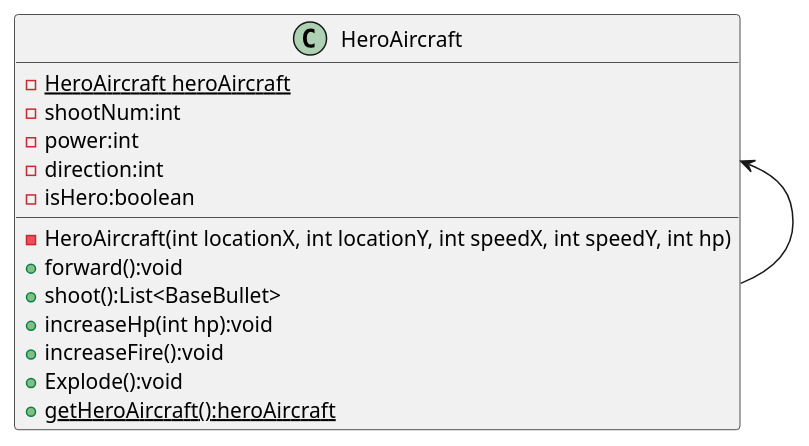
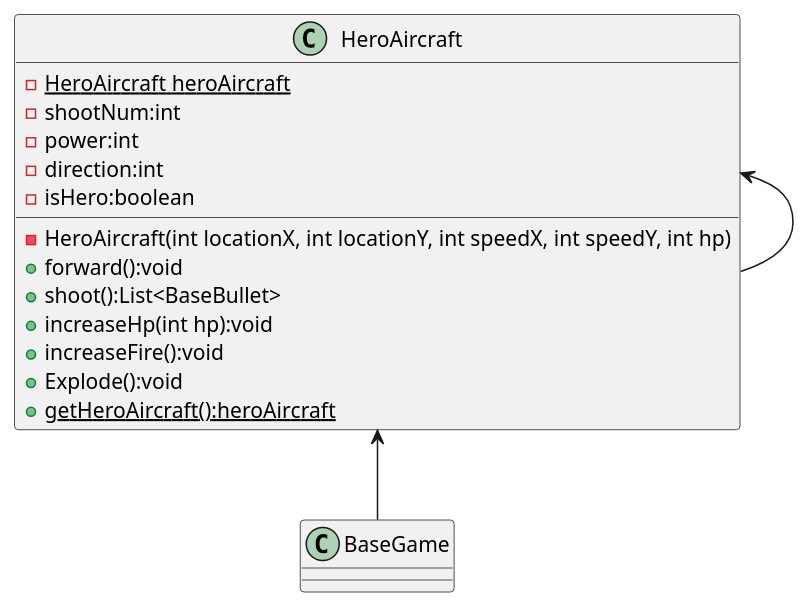
The diagram in uml/SimpleExample.puml (hazuki-nana/COMP2027), drawn with PlantUML before and after one commit. The commit also changed 10 other files, not shown here.

```diff
--- a/uml/SimpleExample.puml
+++ b/uml/SimpleExample.puml
@@ -1,18 +1,20 @@
 @startuml
 class HeroAircraft {
     - {static}HeroAircraft heroAircraft
     - shootNum:int
     - power:int
     - direction:int
     - HeroAircraft(int locationX, int locationY, int speedX, int speedY, int hp)
     - isHero:boolean
     + forward():void
     + shoot():List<BaseBullet>
     + increaseHp(int hp):void
     + increaseFire():void
     + Explode():void
     + {static}getHeroAircraft():heroAircraft
 }
 HeroAircraft <-- HeroAircraft
+HeroAircraft <-- BaseGame
+
 
 @enduml
```
